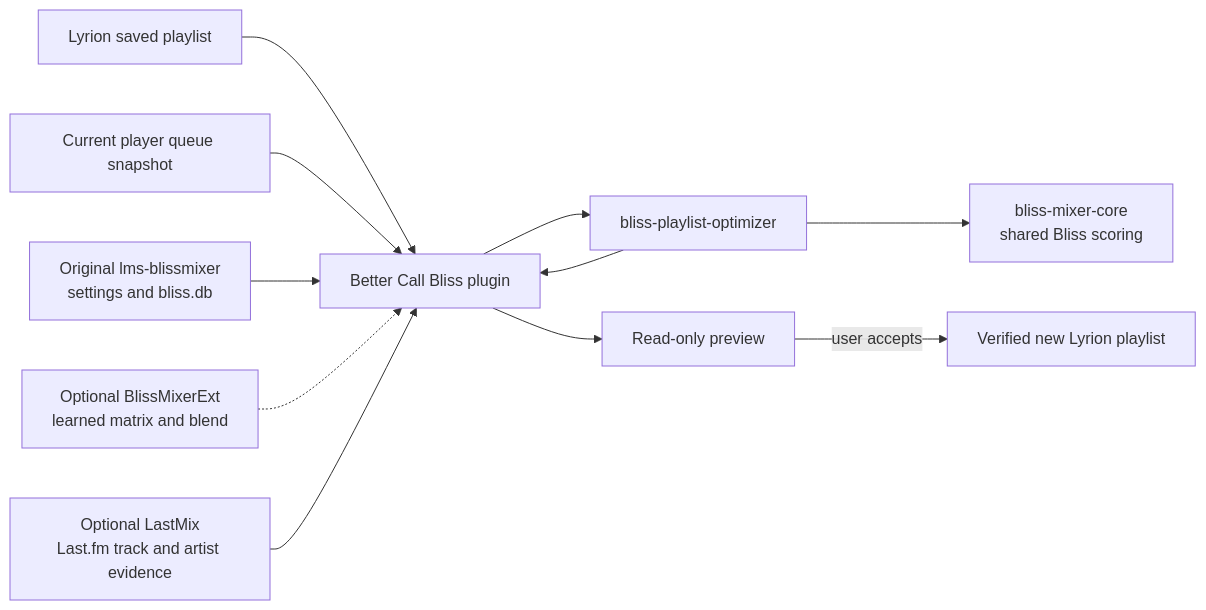
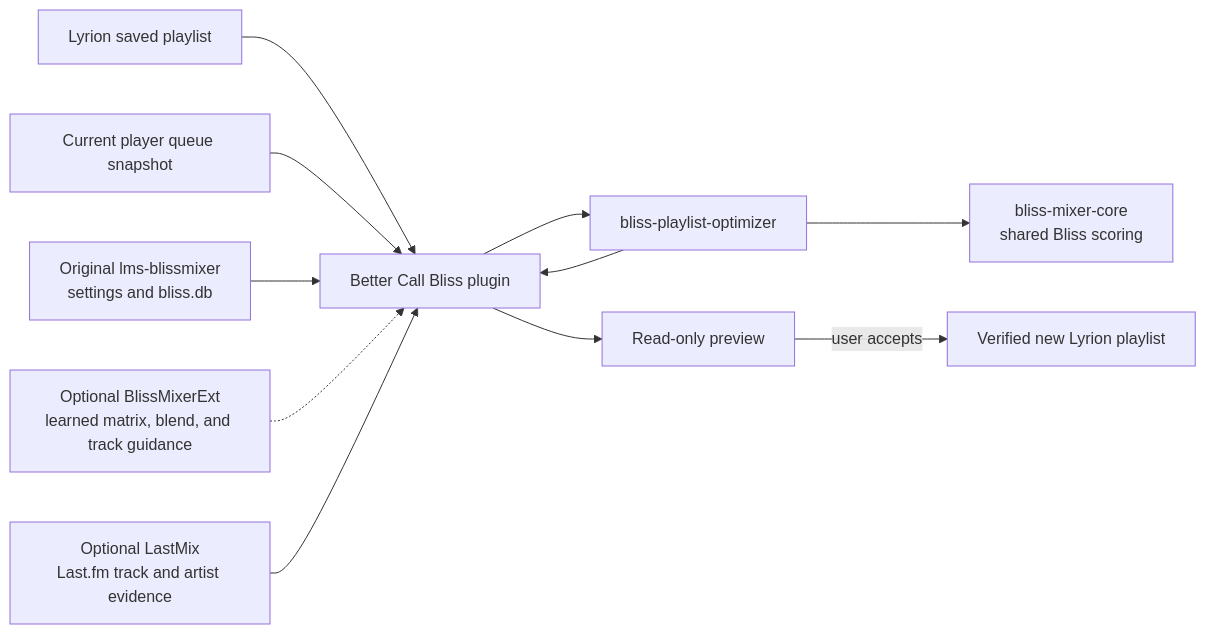
One commit to chrober/lms-better-call-bliss changed the diagram in README.md. Above: the diagram before and after it, drawn with Mermaid. The commit also changed other lines of this file and 14 other files, not shown here.

Commit message:
Inherit Last.fm track guidance from BlissMixerExt

```diff
--- a/README.md
+++ b/README.md
@@ -187,13 +189,13 @@
 ~~~mermaid
 flowchart LR
     LMS["Lyrion saved playlist"] --> P["Better Call Bliss plugin"]
     Q["Current player queue snapshot"] --> P
     BM["Original lms-blissmixer<br/>settings and bliss.db"] --> P
-    BME["Optional BlissMixerExt<br/>learned matrix and blend"] -.-> P
+    BME["Optional BlissMixerExt<br/>learned matrix, blend, and track guidance"] -.-> P
     LM["Optional LastMix<br/>Last.fm track and artist evidence"] --> P
     P --> O["bliss-playlist-optimizer"]
     O --> C["bliss-mixer-core<br/>shared Bliss scoring"]
     O --> P
     P --> V["Read-only preview"]
     V -->|"user accepts"| N["Verified new Lyrion playlist"]
 ~~~
```
